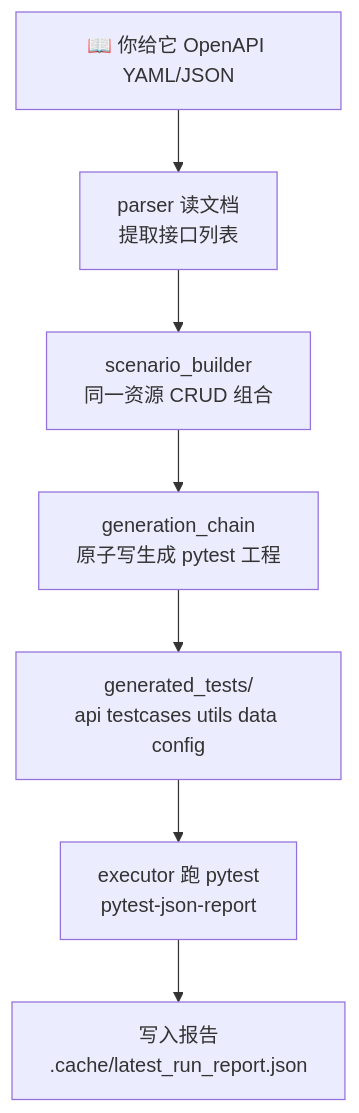
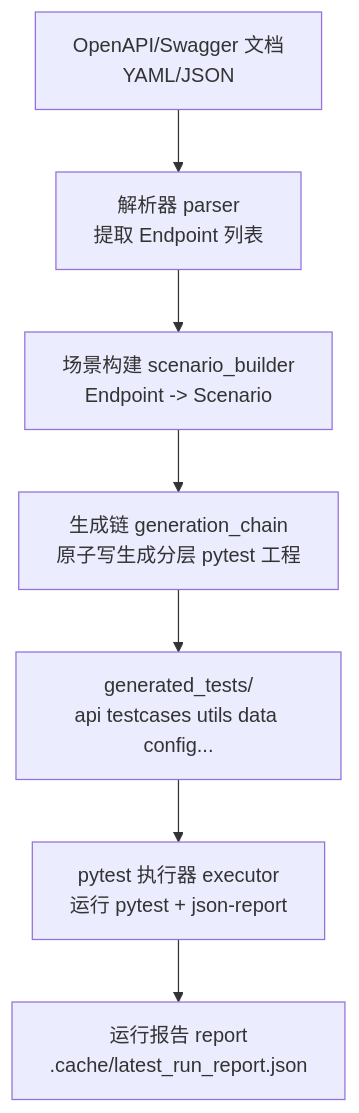
The first of 2 diagrams in README.md (hanxiwei/api_test_agent_pro), drawn with Mermaid before and after one commit. The commit also changed other lines of this file, not shown here.

Commit message:
docs: README rewrite to requested 11-section structure (title+badges+what+intro+toc+background+features+arch+quickstart+examples+config+structure+stack+tests)

````diff
--- a/README.md
+++ b/README.md
@@ -153,9 +131,9 @@
 ```mermaid
 flowchart TD
-  A[📖 你给它 OpenAPI YAML/JSON] --> B[parser 读文档<br/>提取接口列表]
-  B --> C[scenario_builder<br/>同一资源 CRUD 组合]
-  C --> D[generation_chain<br/>原子写生成 pytest 工程]
-  D --> E[generated_tests/<br/>api testcases utils data config]
-  E --> F[executor 跑 pytest<br/>pytest-json-report]
-  F --> G[写入报告<br/>.cache/latest_run_report.json]
+  A[OpenAPI/Swagger 文档<br/>YAML/JSON] --> B[解析器 parser<br/>提取 Endpoint 列表]
+  B --> C[场景构建 scenario_builder<br/>Endpoint -> Scenario]
+  C --> D[生成链 generation_chain<br/>原子写生成分层 pytest 工程]
+  D --> E[generated_tests/<br/>api testcases utils data config...]
+  E --> F[pytest 执行器 executor<br/>运行 pytest + json-report]
+  F --> G[运行报告 report<br/>.cache/latest_run_report.json]
 ```
````
